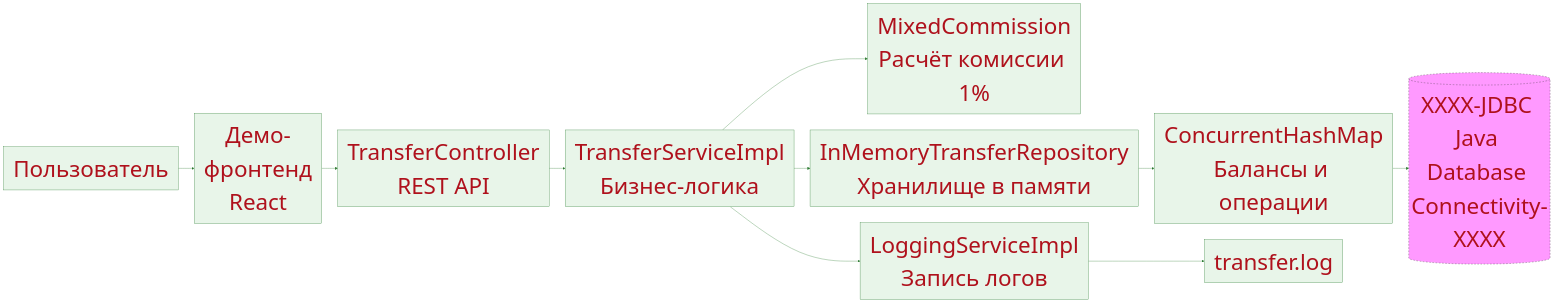
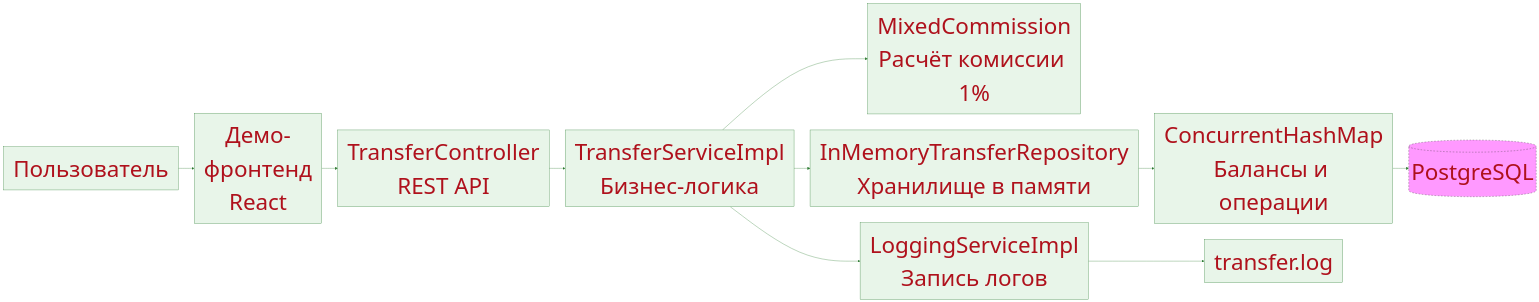
The diagram in README.md (HeroOJavaAmount/HW_DB), drawn with Mermaid before and after one commit.

````diff
--- a/README.md
+++ b/README.md
@@ -7,24 +7,24 @@
 ```mermaid
 %%{init: {'theme':'base', 'themeVariables': {
   'primaryColor':'#e8f5e9',
   'primaryTextColor':'#AF111C',
   'primaryBorderColor':'#2e7d32',
   'lineColor':'#2e7d32',
   'fontSize':'70px',
   'fontFamily':'Arial, sans-serif'
 }}}%%
 
 
 flowchart LR
     A[Пользователь] --> B[Демо-фронтенд<br/>React]
     B --> C[TransferController<br/>REST API]
     C --> D[TransferServiceImpl<br/>Бизнес-логика]
     D --> E[MixedCommission<br/>Расчёт комиссии 1%]
     D --> F[InMemoryTransferRepository<br/>Хранилище в памяти]
     D --> G[LoggingServiceImpl<br/>Запись логов]
     F --> H[ConcurrentHashMap<br/>Балансы и операции]
     G --> I[transfer.log]
-    H --> J[(XXXX-JDBC Java Database Connectivity-XXXX)]
+    H --> J[(PostgreSQL)]
 
     style J fill:#f9f,stroke:#333,stroke-dasharray: 5 5
 ```
````
